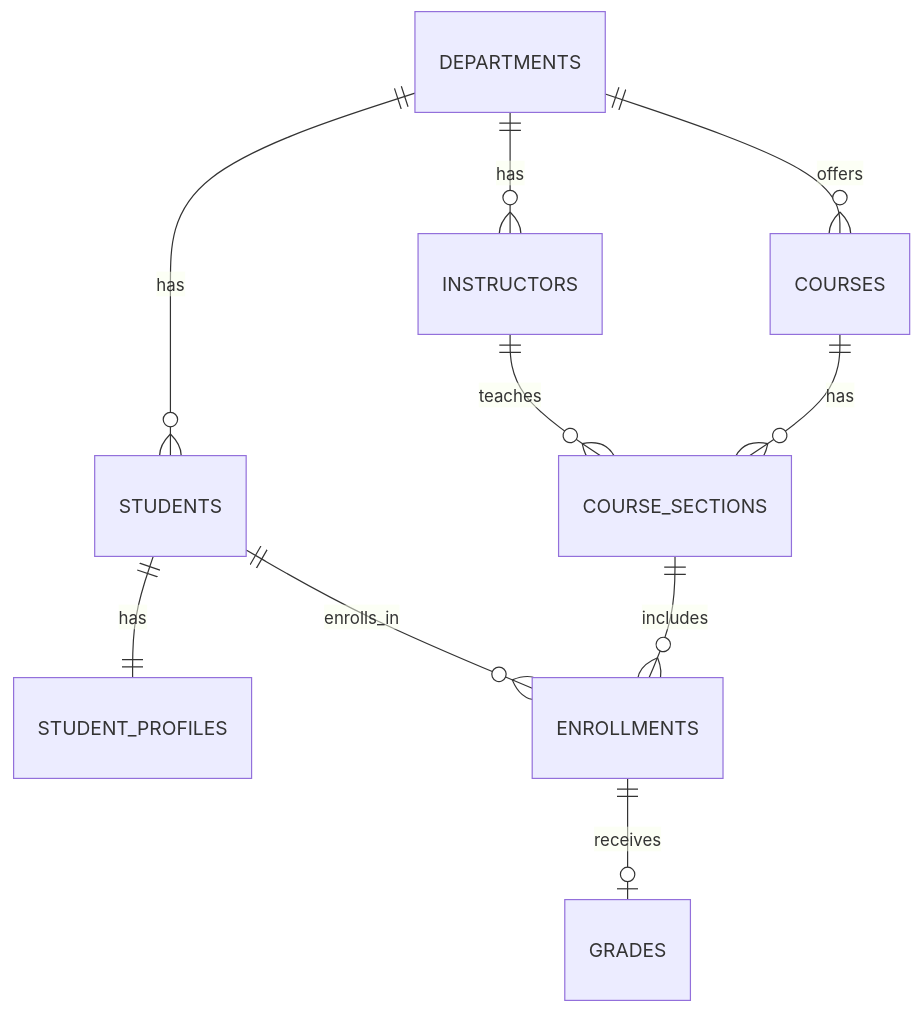
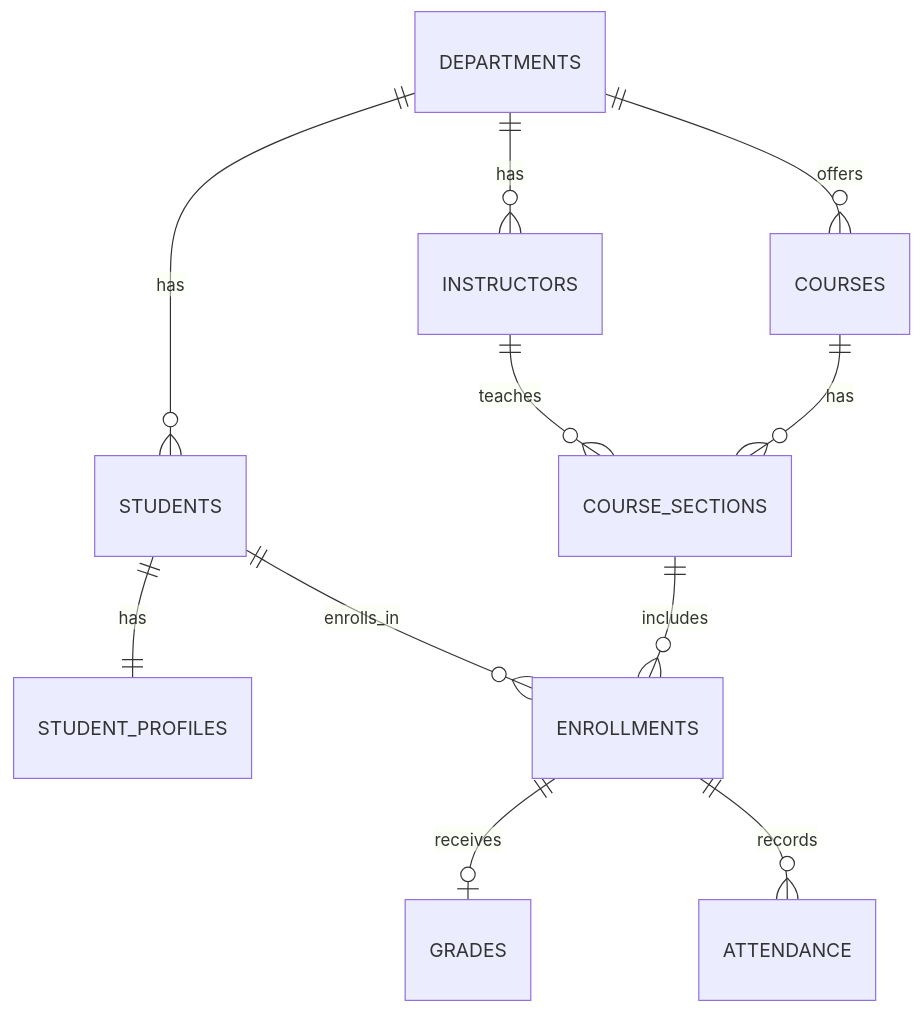
Before and after one commit to thesohailahmad/University_Management_Database: the diagram in README.md, drawn with Mermaid. The commit also changed other lines of this file, not shown here.

Commit message:
docs: update README with attendance

````diff
--- a/README.md
+++ b/README.md
@@ -90,12 +93,13 @@
 ```mermaid
 erDiagram
     DEPARTMENTS ||--o{ STUDENTS : has
     DEPARTMENTS ||--o{ INSTRUCTORS : has
     DEPARTMENTS ||--o{ COURSES : offers
     STUDENTS ||--|| STUDENT_PROFILES : has
     COURSES ||--o{ COURSE_SECTIONS : has
     INSTRUCTORS ||--o{ COURSE_SECTIONS : teaches
     COURSE_SECTIONS ||--o{ ENROLLMENTS : includes
     STUDENTS ||--o{ ENROLLMENTS : enrolls_in
     ENROLLMENTS ||--o| GRADES : receives
+    ENROLLMENTS ||--o{ ATTENDANCE : records
 ```
````
